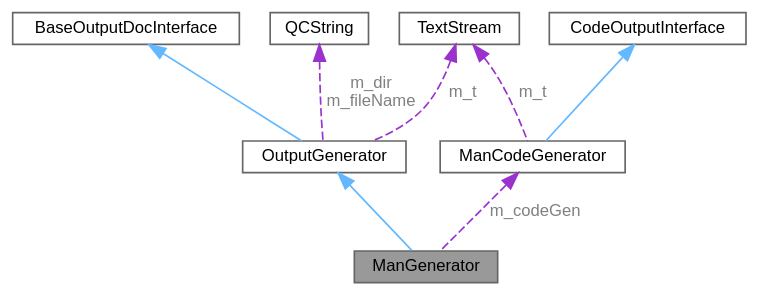
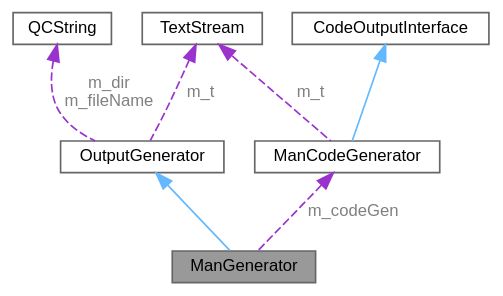
One commit to tim-gromeyer/doxygen changed the diagram in d0/d4e/class_man_generator__coll__graph.dot. Above: the diagram before and after it, drawn with Graphviz. The commit also changed 3637 other files, not shown here.

```diff
--- a/d0/d4e/class_man_generator__coll__graph.dot
+++ b/d0/d4e/class_man_generator__coll__graph.dot
@@ -1,22 +1,20 @@
 digraph "ManGenerator"
 {
  // INTERACTIVE_SVG=YES
  // LATEX_PDF_SIZE
   bgcolor="transparent";
   edge [fontname=Helvetica,fontsize=10,labelfontname=Helvetica,labelfontsize=10];
   node [fontname=Helvetica,fontsize=10,shape=box,height=0.2,width=0.4];
   Node1 [label="ManGenerator",height=0.2,width=0.4,color="gray40", fillcolor="grey60", style="filled", fontcolor="black",tooltip="Generator for Man page output."];
   Node2 -> Node1 [dir="back",color="steelblue1",style="solid"];
   Node2 [label="OutputGenerator",height=0.2,width=0.4,color="gray40", fillcolor="white", style="filled",URL="$d3/d8e/class_output_generator.html",tooltip="Abstract output generator."];
-  Node3 -> Node2 [dir="back",color="steelblue1",style="solid"];
-  Node3 [label="BaseOutputDocInterface",height=0.2,width=0.4,color="gray40", fillcolor="white", style="filled",URL="$df/d27/class_base_output_doc_interface.html",tooltip="Base Interface used for generating output outside of the comment blocks."];
-  Node4 -> Node2 [dir="back",color="darkorchid3",style="dashed",label=" m_t",fontcolor="grey" ];
-  Node4 [label="TextStream",height=0.2,width=0.4,color="gray40", fillcolor="white", style="filled",URL="$d3/d30/class_text_stream.html",tooltip="Text streaming class that buffers data."];
-  Node5 -> Node2 [dir="back",color="darkorchid3",style="dashed",label=" m_dir\nm_fileName",fontcolor="grey" ];
-  Node5 [label="QCString",height=0.2,width=0.4,color="gray40", fillcolor="white", style="filled",URL="$d9/d45/class_q_c_string.html",tooltip="This is an alternative implementation of QCString."];
-  Node6 -> Node1 [dir="back",color="darkorchid3",style="dashed",label=" m_codeGen",fontcolor="grey" ];
-  Node6 [label="ManCodeGenerator",height=0.2,width=0.4,color="gray40", fillcolor="white", style="filled",URL="$db/d92/class_man_code_generator.html",tooltip="Generator for Man page code fragments."];
-  Node7 -> Node6 [dir="back",color="steelblue1",style="solid"];
-  Node7 [label="CodeOutputInterface",height=0.2,width=0.4,color="gray40", fillcolor="white", style="filled",URL="$d5/d9c/class_code_output_interface.html",tooltip="Output interface for code parser."];
-  Node4 -> Node6 [dir="back",color="darkorchid3",style="dashed",label=" m_t",fontcolor="grey" ];
+  Node3 -> Node2 [dir="back",color="darkorchid3",style="dashed",label=" m_t",fontcolor="grey" ];
+  Node3 [label="TextStream",height=0.2,width=0.4,color="gray40", fillcolor="white", style="filled",URL="$d3/d30/class_text_stream.html",tooltip="Text streaming class that buffers data."];
+  Node4 -> Node2 [dir="back",color="darkorchid3",style="dashed",label=" m_dir\nm_fileName",fontcolor="grey" ];
+  Node4 [label="QCString",height=0.2,width=0.4,color="gray40", fillcolor="white", style="filled",URL="$d9/d45/class_q_c_string.html",tooltip="This is an alternative implementation of QCString."];
+  Node5 -> Node1 [dir="back",color="darkorchid3",style="dashed",label=" m_codeGen",fontcolor="grey" ];
+  Node5 [label="ManCodeGenerator",height=0.2,width=0.4,color="gray40", fillcolor="white", style="filled",URL="$db/d92/class_man_code_generator.html",tooltip="Generator for Man page code fragments."];
+  Node6 -> Node5 [dir="back",color="steelblue1",style="solid"];
+  Node6 [label="CodeOutputInterface",height=0.2,width=0.4,color="gray40", fillcolor="white", style="filled",URL="$d5/d9c/class_code_output_interface.html",tooltip="Output interface for code parser."];
+  Node3 -> Node5 [dir="back",color="darkorchid3",style="dashed",label=" m_t",fontcolor="grey" ];
 }
```
